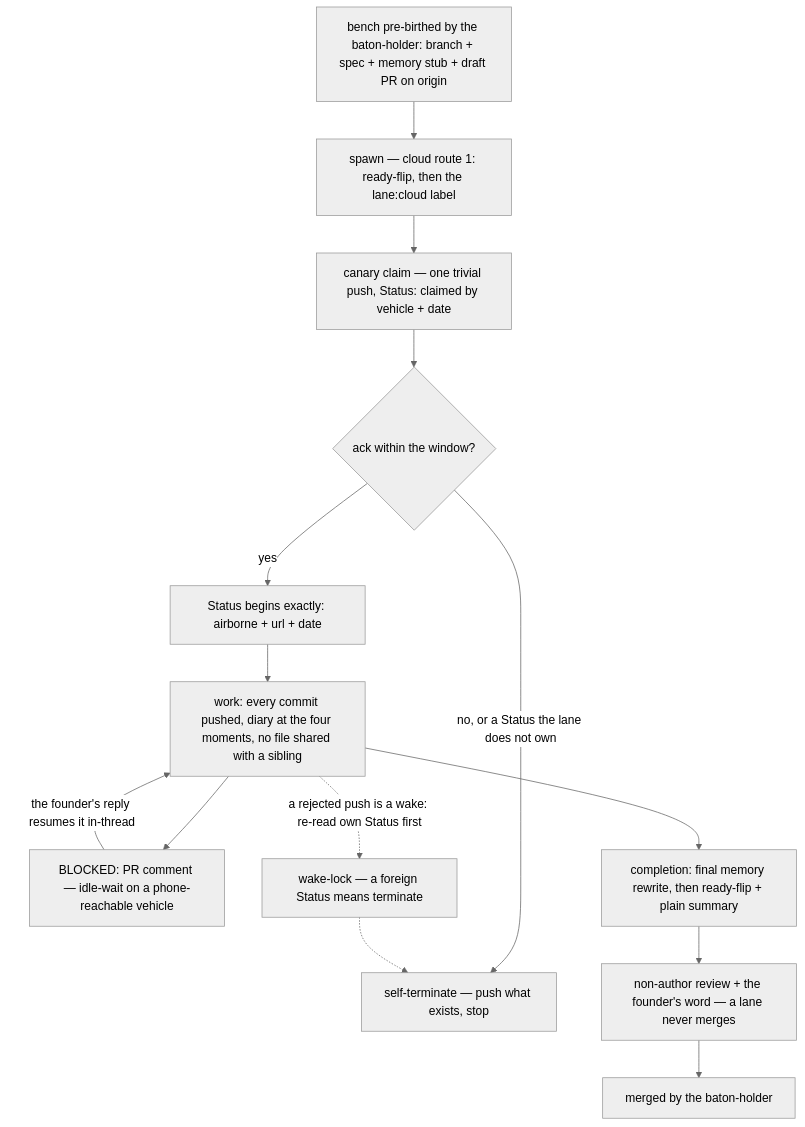
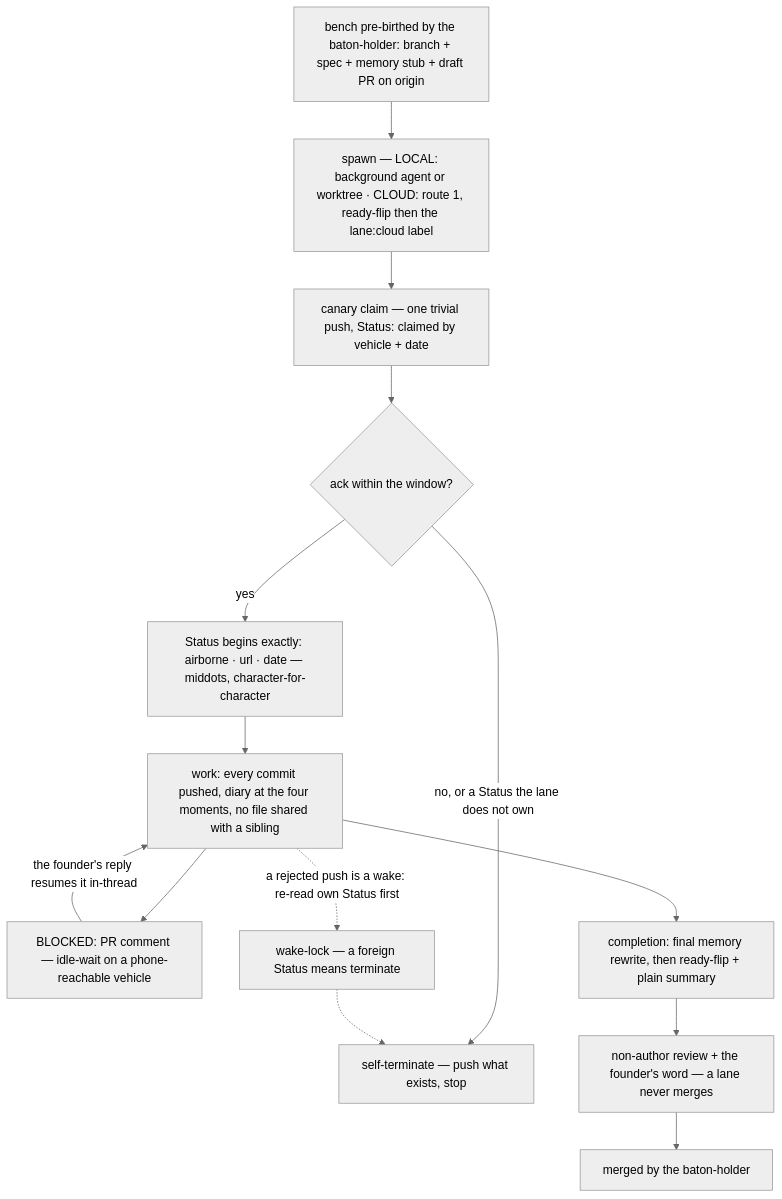
The fourth of 6 diagrams in docs/ATLAS.md (wsher0901/roam), drawn with Mermaid (neutral theme) before and after one commit. The commit also changed other lines of this file and 2 other files, not shown here.

First line of the commit message:
docs: atlas — critic round (ack-token accuracy, carve-out depicted, wording repairs)

````diff
--- a/docs/ATLAS.md
+++ b/docs/ATLAS.md
@@ -125,16 +125,16 @@
 ```mermaid
 flowchart TD
-  B["bench pre-birthed by the baton-holder: branch + spec + memory stub + draft PR on origin"] --> S["spawn — cloud route 1: ready-flip, then the lane:cloud label"]
+  B["bench pre-birthed by the baton-holder: branch + spec + memory stub + draft PR on origin"] --> S["spawn — LOCAL: background agent or worktree · CLOUD: route 1, ready-flip then the lane:cloud label"]
   S --> CL["canary claim — one trivial push, Status: claimed by vehicle + date"]
   CL --> ACK{"ack within the window?"}
-  ACK -->|yes| AIR["Status begins exactly: airborne + url + date"]
+  ACK -->|yes| AIR["Status begins exactly: airborne · url · date — middots, character-for-character"]
   ACK -->|"no, or a Status the lane does not own"| TERM["self-terminate — push what exists, stop"]
   AIR --> WK["work: every commit pushed, diary at the four moments, no file shared with a sibling"]
   WK --> BL["BLOCKED: PR comment — idle-wait on a phone-reachable vehicle"]
   BL -->|"the founder's reply resumes it in-thread"| WK
   WK --> DONE["completion: final memory rewrite, then ready-flip + plain summary"]
   DONE --> RV["non-author review + the founder's word — a lane never merges"]
   RV --> MG["merged by the baton-holder"]
   WK -.->|"a rejected push is a wake: re-read own Status first"| WLK["wake-lock — a foreign Status means terminate"]
   WLK -.-> TERM
 ```
````
